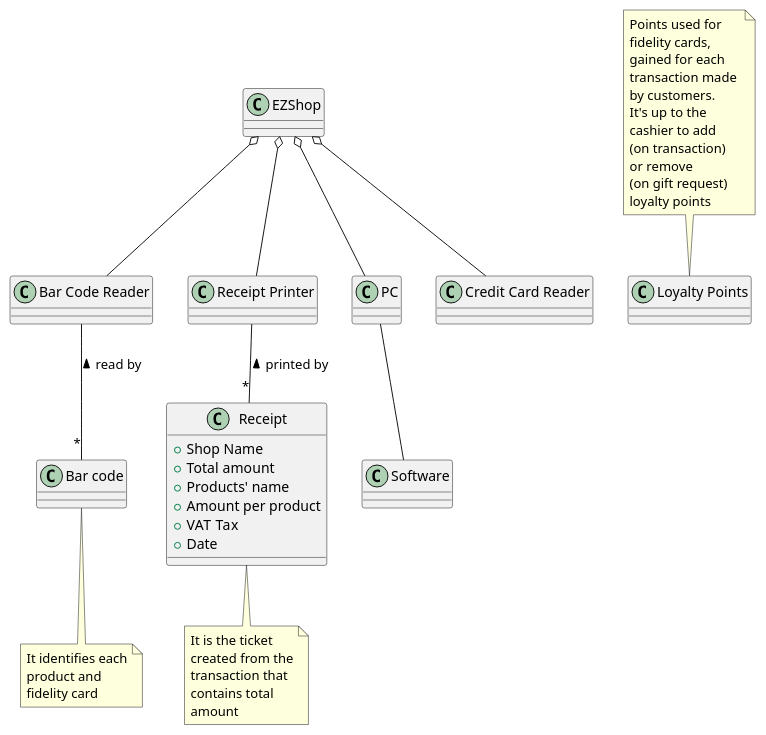
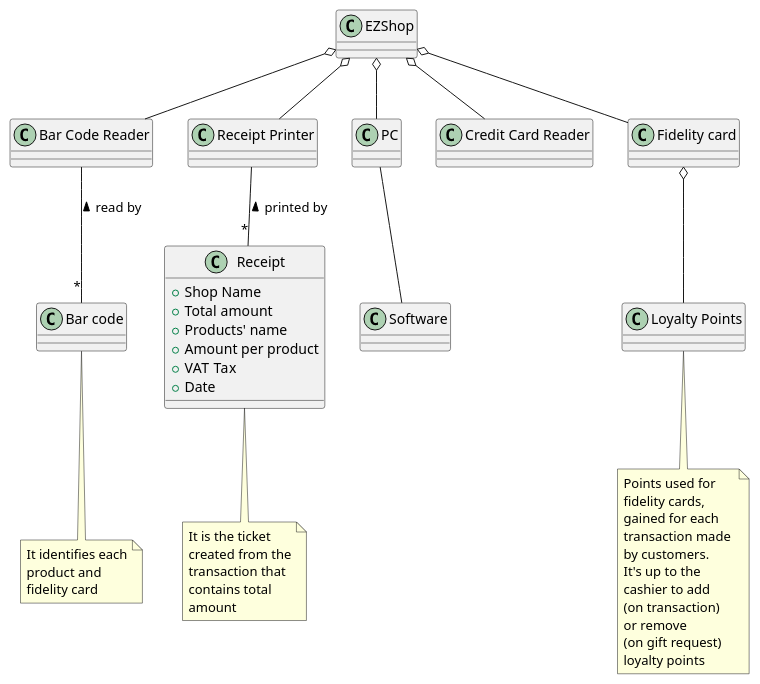
Before and after one commit to GrayNeel/SoftEngProject-EZShop: the third of 4 diagrams in Deliverables/RequirementsDocument.md, drawn with PlantUML.

Commit message:
fix(Requirements): fixed loyalty points

````diff
--- a/Deliverables/RequirementsDocument.md
+++ b/Deliverables/RequirementsDocument.md
@@ -441,43 +441,46 @@
 ```plantuml
 @startuml
 class PC
 class "Credit Card Reader" as ccr
 class "Bar Code Reader" as bcr
 class "EZShop" as ez
 class "Software" as s
 class "Receipt Printer" as rp
+class "Fidelity card" as fc
 
 ez o-- PC
 ez o-- ccr
 ez o-- bcr
 ez o-- rp
+ez o-- fc
 s -up- PC
 
 /' Glossary '/
 class "Receipt" as r {
 	+Shop Name
 	+Total amount
 	+Products' name
 	+Amount per product
 	+VAT Tax
 	+Date
 }
 class "Loyalty Points" as lp
 class "Bar code" as bc
 
 r "*" -up- rp : printed by >
 bc "*" -up- bcr : read by >
 
 note "It is the ticket\ncreated from the\ntransaction that \ncontains total\namount" as N1
 note "It identifies each\nproduct and \nfidelity card" as N2
 
 N1 -up- r
 N2 -up- bc
+fc o-- lp
 
 note "Points used for \nfidelity cards, \ngained for each \ntransaction made \nby customers. \nIt's up to the\ncashier to add \n(on transaction) \nor remove \n(on gift request) \nloyalty points" as N3
 
 /'Check if lp go with EZShop'/
-N3 -- lp
+N3 -up- lp
 
 @enduml
 ```
````
